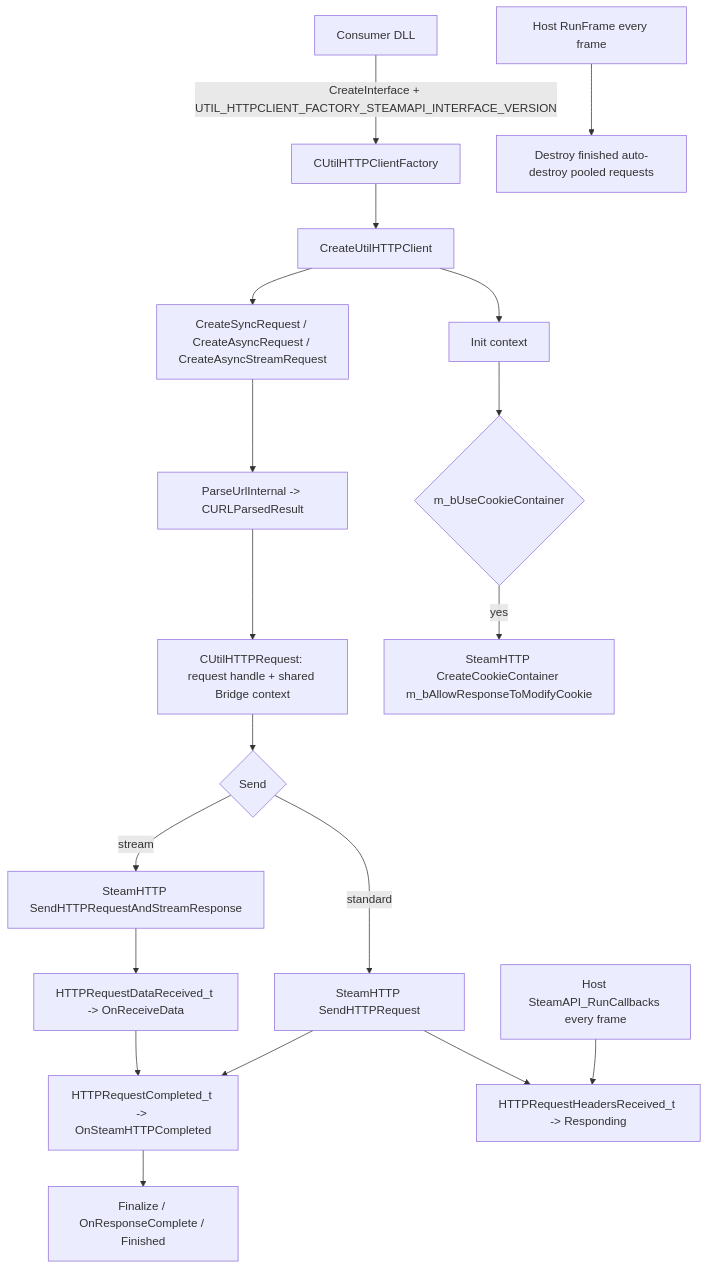
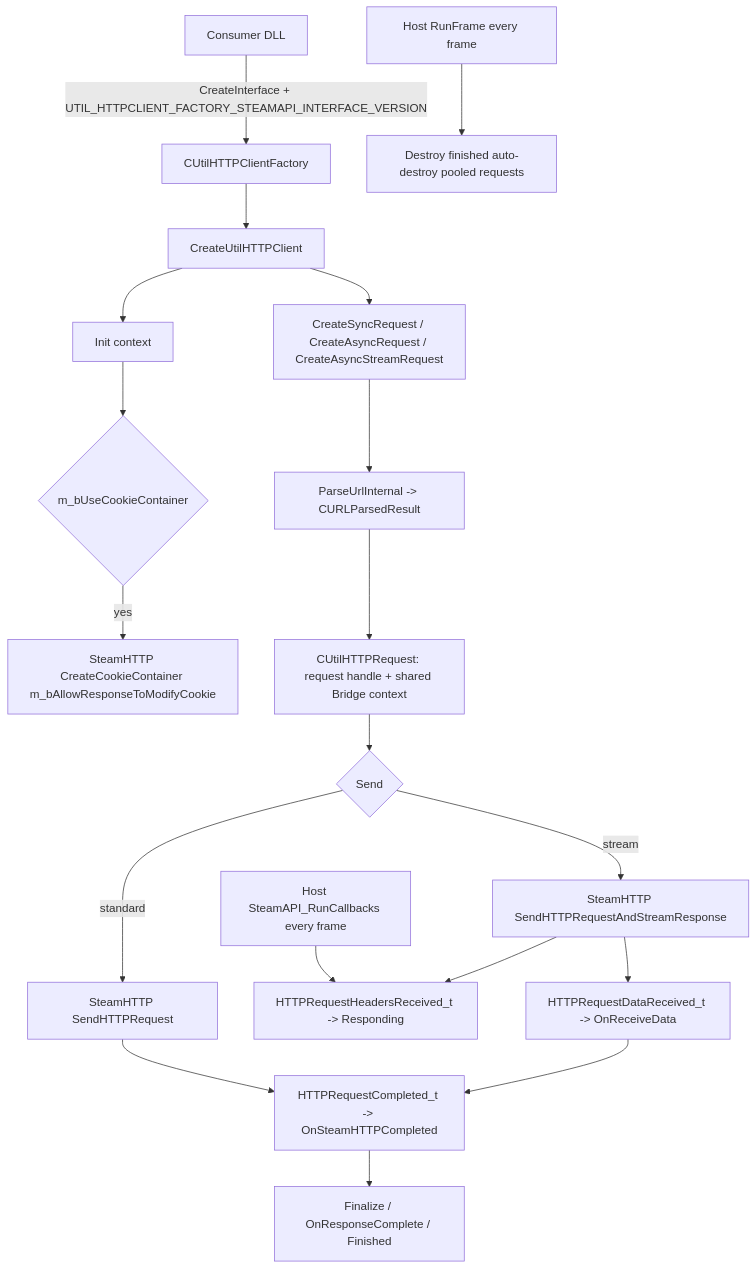
Before and after one commit to MetaHookSv/UtilHTTPClient_SteamAPI: the diagram in memory/project_overview.md, drawn with Mermaid. The commit also changed other lines of this file and 7 other files, not shown here.

````diff
--- a/memory/project_overview.md
+++ b/memory/project_overview.md
@@ -49,21 +49,21 @@
 ```mermaid
 flowchart TD
   A[Consumer DLL] -->|CreateInterface + UTIL_HTTPCLIENT_FACTORY_STEAMAPI_INTERFACE_VERSION| B[CUtilHTTPClientFactory]
   B --> C[CreateUtilHTTPClient]
   C --> D[Init context]
   D --> E{m_bUseCookieContainer}
   E -->|yes| F[SteamHTTP CreateCookieContainer m_bAllowResponseToModifyCookie]
   C --> G[CreateSyncRequest / CreateAsyncRequest / CreateAsyncStreamRequest]
   G --> H[ParseUrlInternal -> CURLParsedResult]
   H --> I[CUtilHTTPRequest: request handle + shared Bridge context]
   I --> J{Send}
   J -->|standard| K[SteamHTTP SendHTTPRequest]
   J -->|stream| L[SteamHTTP SendHTTPRequestAndStreamResponse]
-  K --> M[HTTPRequestHeadersReceived_t -> Responding]
+  L --> M[HTTPRequestHeadersReceived_t -> Responding]
   K --> N[HTTPRequestCompleted_t -> OnSteamHTTPCompleted]
   L --> O[HTTPRequestDataReceived_t -> OnReceiveData]
   O --> N
   N --> P[Finalize / OnResponseComplete / Finished]
   Q[Host SteamAPI_RunCallbacks every frame] --> M
   R[Host RunFrame every frame] --> S[Destroy finished auto-destroy pooled requests]
 ```
````
